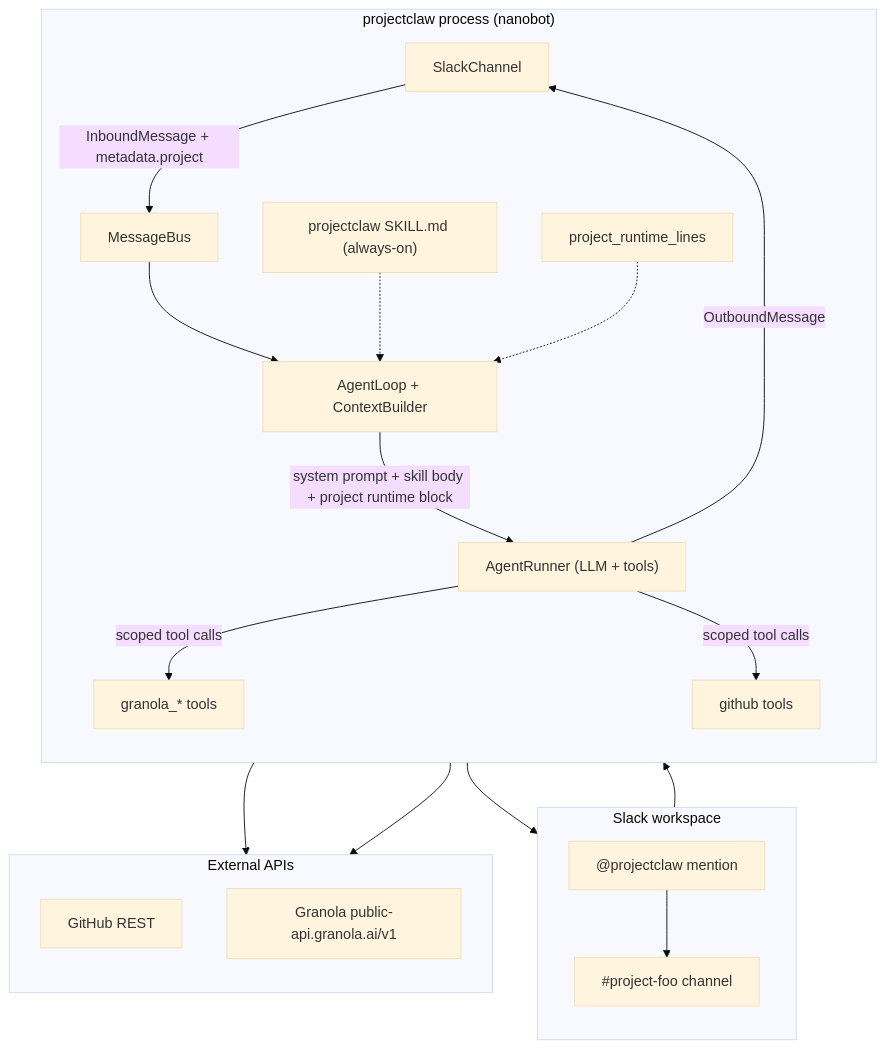
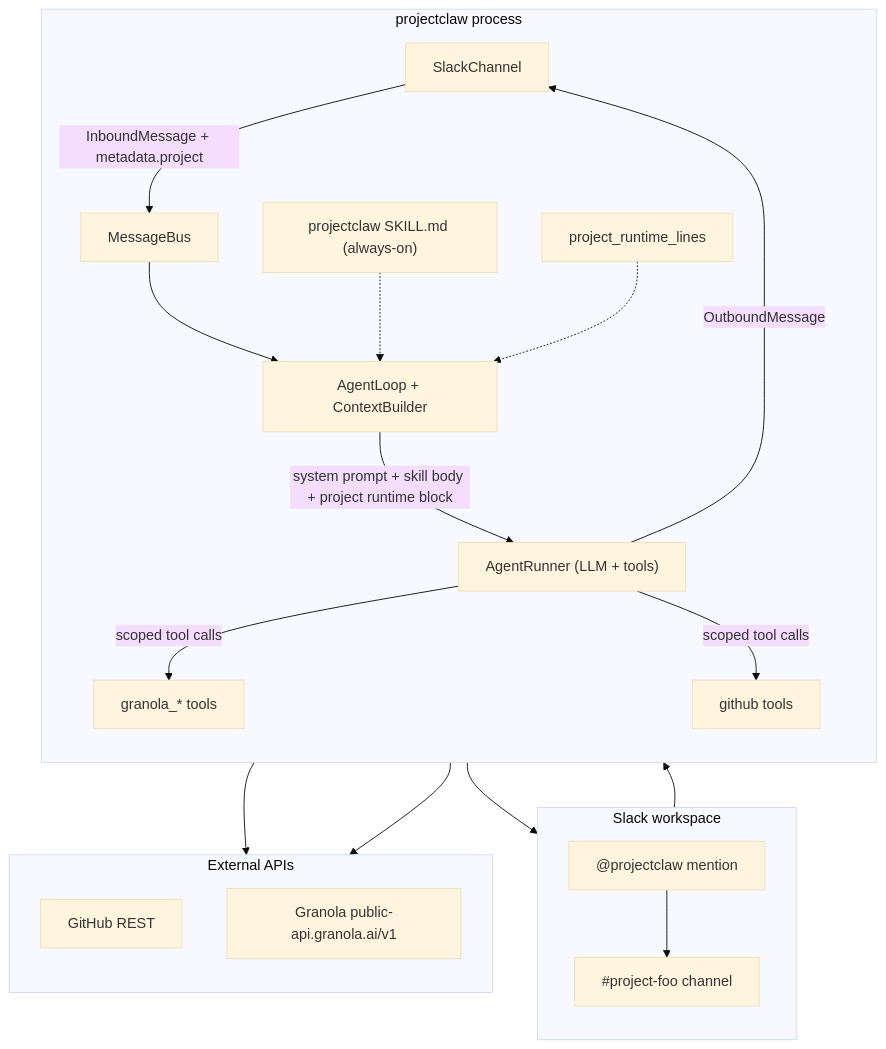
Before and after one commit to gies-ai-experiments/project-claw: the diagram in PROJECTCLAW.md, drawn with Mermaid (base theme). The commit also changed other lines of this file and 21 other files, not shown here.

````diff
--- a/PROJECTCLAW.md
+++ b/PROJECTCLAW.md
@@ -28,38 +28,38 @@
 ```mermaid
 flowchart TB
   subgraph slack["Slack workspace"]
     direction TB
     chan["#project-foo channel"]
     user["@projectclaw mention"]
   end
 
-  subgraph nb["projectclaw process (nanobot)"]
+  subgraph nb["projectclaw process"]
     direction TB
     sch["SlackChannel"]
     bus["MessageBus"]
     loop["AgentLoop + ContextBuilder"]
     runner["AgentRunner (LLM + tools)"]
     skill["projectclaw SKILL.md (always-on)"]
     rl["project_runtime_lines"]
     gh["granola_* tools"]
     ghtools["github tools"]
   end
 
   subgraph ext["External APIs"]
     direction TB
     ghapi["GitHub REST"]
     grapi["Granola public-api.granola.ai/v1"]
   end
 
   user --> chan --> sch
   sch -- "InboundMessage + metadata.project" --> bus
   bus --> loop
   loop -- "system prompt + skill body + project runtime block" --> runner
   skill -.-> loop
   rl -.-> loop
   runner -- "scoped tool calls" --> gh
   runner -- "scoped tool calls" --> ghtools
   gh --> grapi
   ghtools --> ghapi
   runner -- "OutboundMessage" --> sch --> chan
 ```
````
